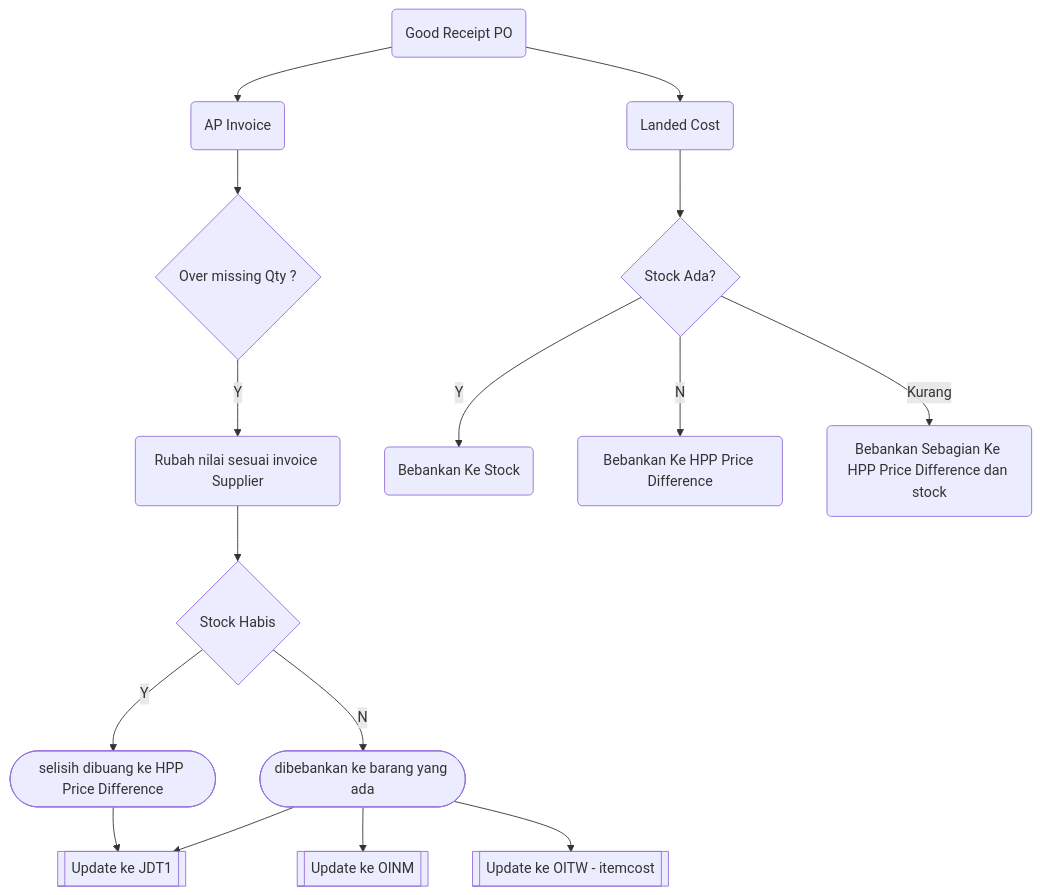
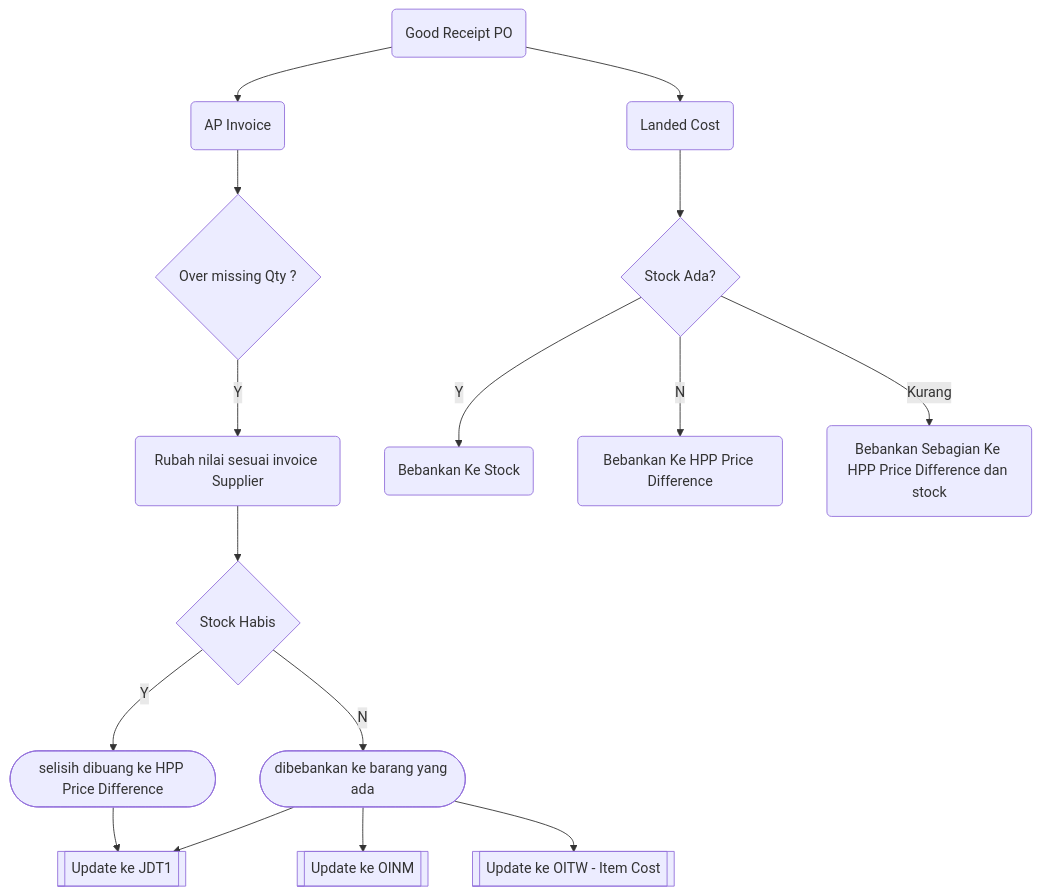
The second of 2 diagrams in awr_PembelianChecklist.md (andyut/cnw_doc), drawn with Mermaid before and after one commit. The commit also changed other lines of this file, not shown here.

````diff
--- a/awr_PembelianChecklist.md
+++ b/awr_PembelianChecklist.md
@@ -61,21 +64,21 @@
 ```mermaid
 graph TD
 A(Good Receipt PO) --> A1(AP Invoice)
 A --> A2(Landed Cost) 
 A2 -->A3{Stock Ada?}
 A3 -->|Y| A4(Bebankan Ke Stock)
 A3 -->|N| A5(Bebankan Ke HPP Price Difference)
 A3 -->|Kurang| A6(Bebankan Sebagian Ke HPP Price Difference dan stock)
  
 A1 --> B{Over missing Qty ?}
 B -->|Y| C(Rubah nilai sesuai invoice Supplier)
 C --> D{Stock Habis}
 D-->|Y| E([selisih dibuang ke HPP Price Difference])
 D-->|N| F([dibebankan ke barang yang ada])
 F--> H[[ Update ke JDT1 ]]
 E -->H[[ Update ke JDT1 ]] 
 F--> G[[ Update ke OINM ]]
-F--> I[[ Update ke OITW - itemcost ]]
+F--> I[[ Update ke OITW - Item Cost ]]
 
 
 ```
````
